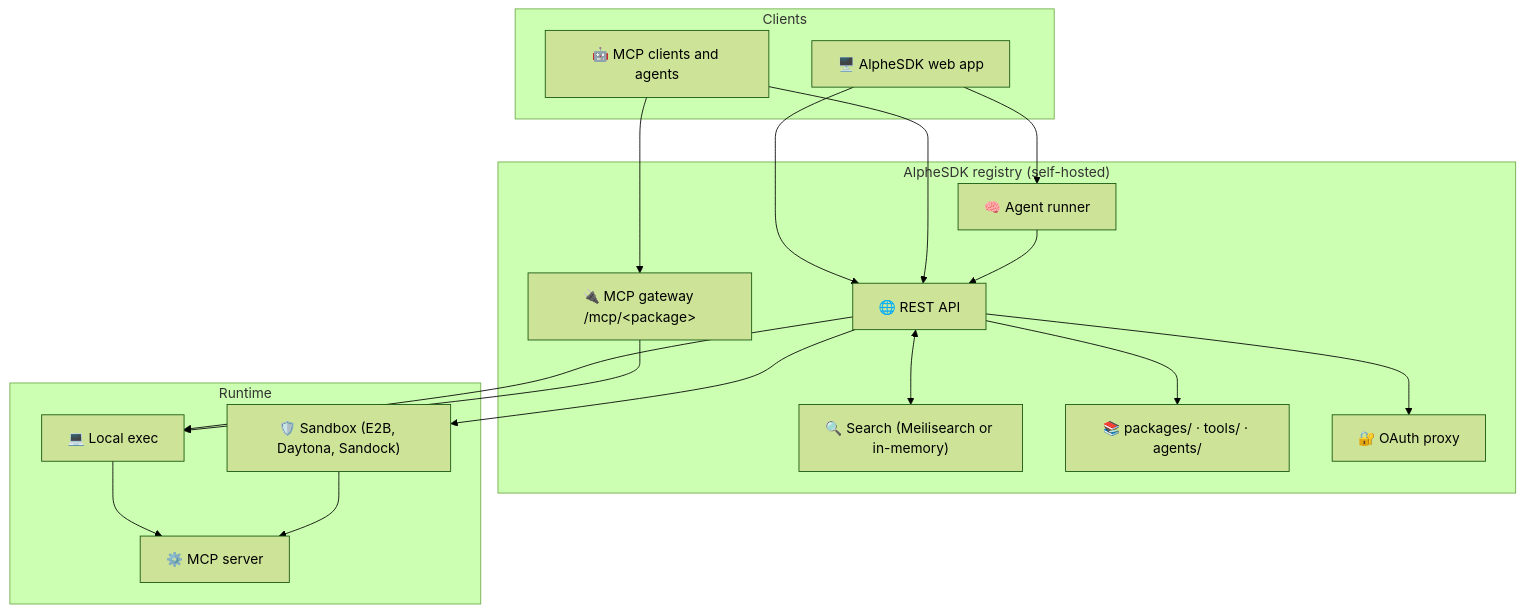
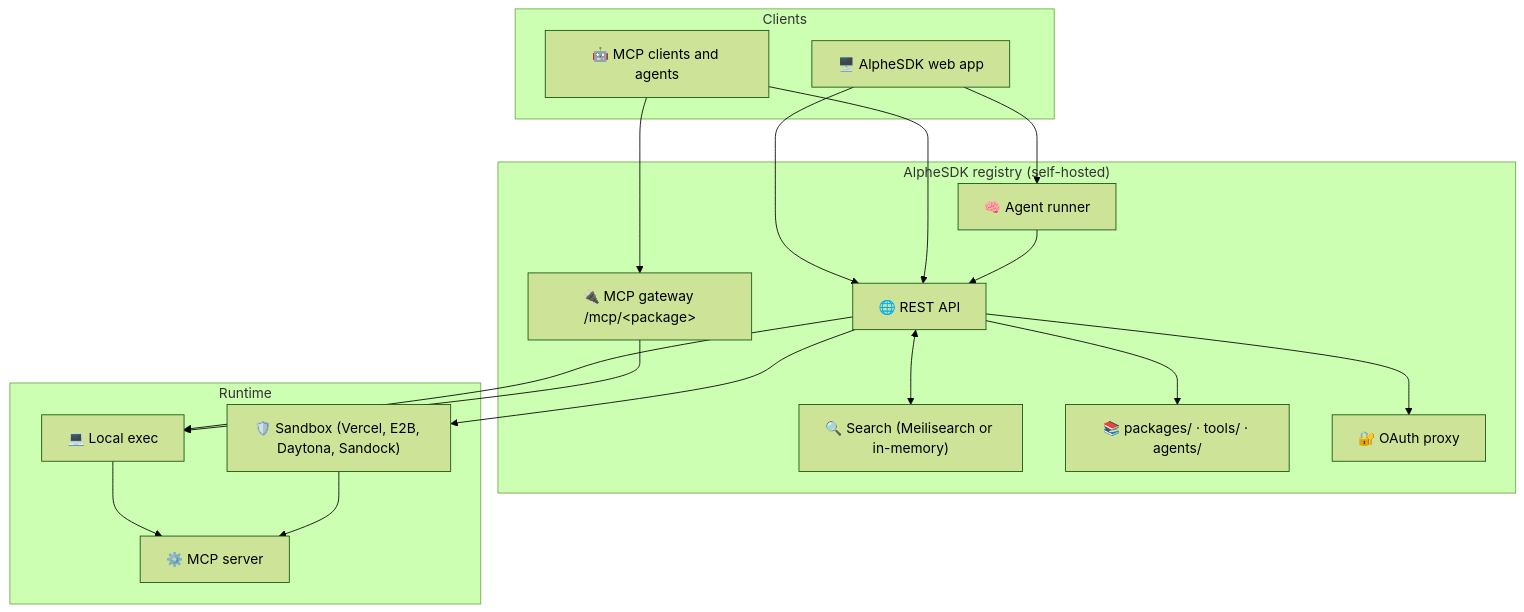
One commit to codetoinfinite/OrdisSDK changed the diagram in README.md. Above: the diagram before and after it, drawn with Mermaid (forest theme). The commit also changed other lines of this file and 4972 other files, not shown here.

First line of the commit message:
Add verified MCP servers, external agents and Vercel sandbox support

````diff
--- a/README.md
+++ b/README.md
@@ -318,36 +357,36 @@
 ```mermaid
 graph TD
     subgraph Clients
         Web["🖥️ AlpheSDK web app"]
         LLM["🤖 MCP clients and agents"]
     end
 
     subgraph Registry ["AlpheSDK registry (self-hosted)"]
         API["🌐 REST API"]
         Gateway["🔌 MCP gateway /mcp/&lt;package&gt;"]
         Agents["🧠 Agent runner"]
         Search["🔍 Search (Meilisearch or in-memory)"]
         Data["📚 packages/ · tools/ · agents/"]
         OAuth["🔐 OAuth proxy"]
     end
 
     subgraph Runtime
         Local["💻 Local exec"]
-        Sandbox["🛡️ Sandbox (E2B, Daytona, Sandock)"]
+        Sandbox["🛡️ Sandbox (Vercel, E2B, Daytona, Sandock)"]
         Server["⚙️ MCP server"]
     end
 
     Web --> API
     Web --> Agents
     LLM --> Gateway
     LLM --> API
     API <--> Search
     API --> Data
     Agents --> API
     API --> Local
     API --> Sandbox
     Gateway --> Local
     API --> OAuth
     Local --> Server
     Sandbox --> Server
 ```
````
